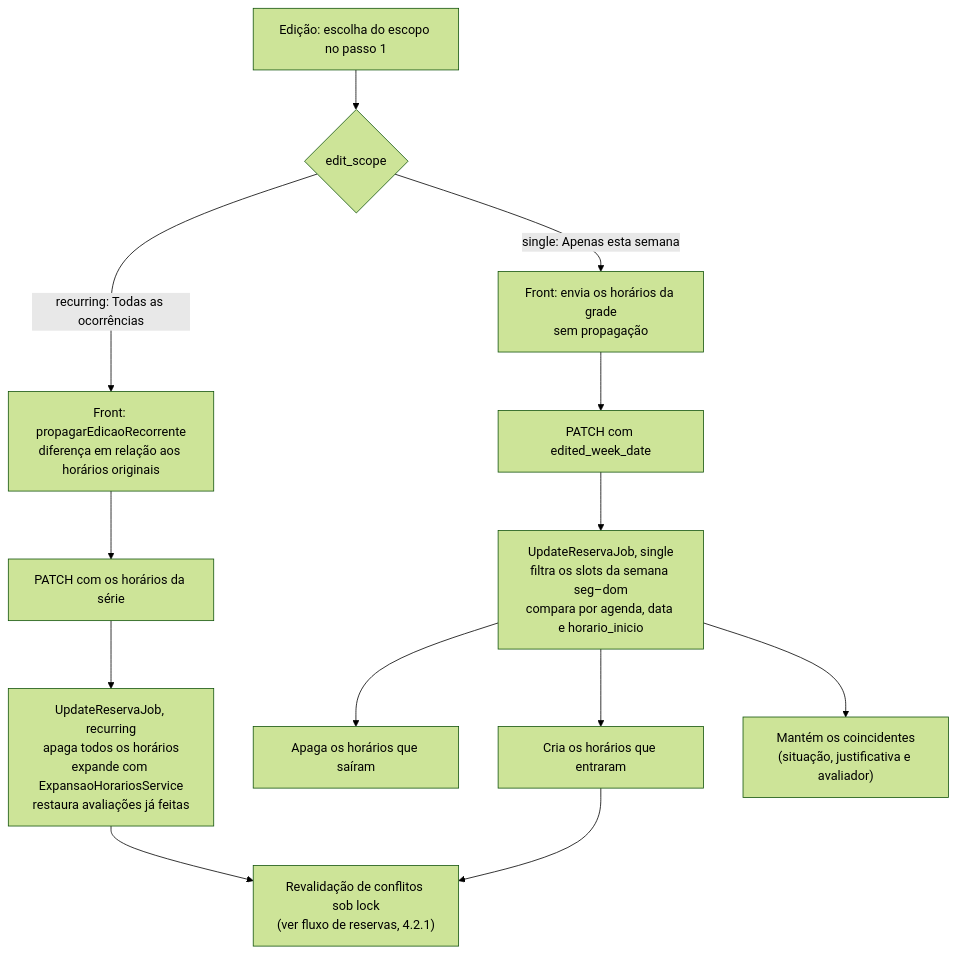
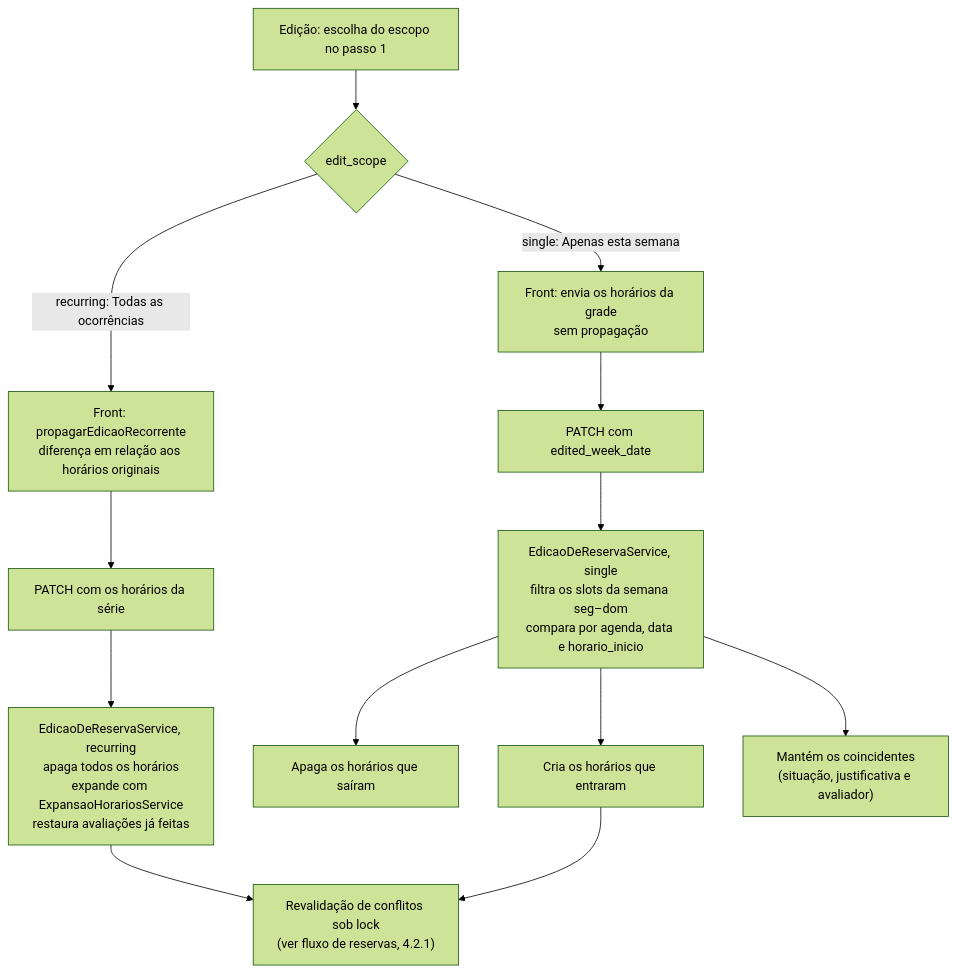
Before and after one commit to uniespacos/uniespacos: the second of 2 diagrams in docs/regras-de-negocio/recorrencia.md, drawn with Mermaid (forest theme). The commit also changed other lines of this file and 15 other files, not shown here.

````diff
--- a/docs/regras-de-negocio/recorrencia.md
+++ b/docs/regras-de-negocio/recorrencia.md
@@ -171,15 +171,15 @@
 ```mermaid
 flowchart TD
     A["Edição: escolha do escopo no passo 1"] --> B{"edit_scope"}
     B -->|"recurring: Todas as ocorrências"| C["Front: propagarEdicaoRecorrente<br/>diferença em relação aos horários originais"]
     C --> D["PATCH com os horários da série"]
-    D --> E["UpdateReservaJob, recurring<br/>apaga todos os horários<br/>expande com ExpansaoHorariosService<br/>restaura avaliações já feitas"]
+    D --> E["EdicaoDeReservaService, recurring<br/>apaga todos os horários<br/>expande com ExpansaoHorariosService<br/>restaura avaliações já feitas"]
     B -->|"single: Apenas esta semana"| F["Front: envia os horários da grade<br/>sem propagação"]
     F --> G["PATCH com edited_week_date"]
-    G --> H["UpdateReservaJob, single<br/>filtra os slots da semana seg–dom<br/>compara por agenda, data e horario_inicio"]
+    G --> H["EdicaoDeReservaService, single<br/>filtra os slots da semana seg–dom<br/>compara por agenda, data e horario_inicio"]
     H --> H1["Apaga os horários que saíram"]
     H --> H2["Cria os horários que entraram"]
     H --> H3["Mantém os coincidentes<br/>(situação, justificativa e avaliador)"]
     E --> R["Revalidação de conflitos sob lock<br/>(ver fluxo de reservas, 4.2.1)"]
     H2 --> R
 ```
````
